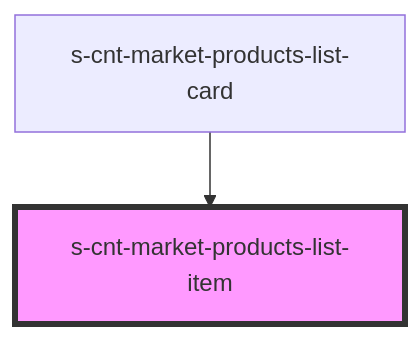
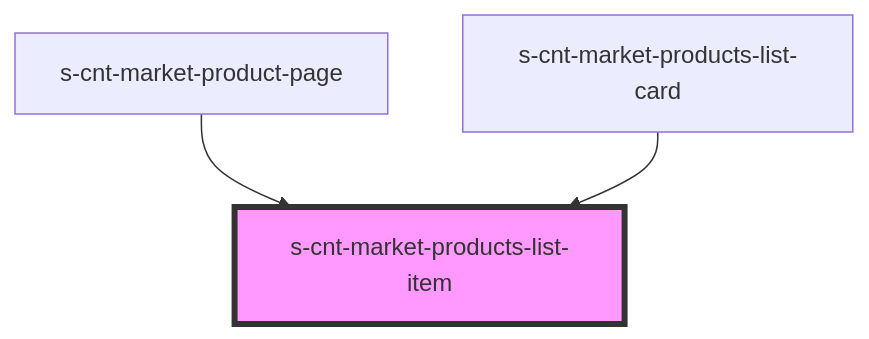
The diagram in src/components/group-a/res/view/s-cnt-market-shop/res/view/s-cnt-market-products-list/res/view/s-cnt-market-products-list-card/res/view/s-cnt-market-products-list-item/readme.md (saqhan/stencil-market), drawn with Mermaid before and after one commit. The commit also changed other lines of this file and 38 other files, not shown here.

````diff
--- a/src/components/group-a/res/view/s-cnt-market-shop/res/view/s-cnt-market-products-list/res/view/s-cnt-market-products-list-card/res/view/s-cnt-market-products-list-item/readme.md
+++ b/src/components/group-a/res/view/s-cnt-market-shop/res/view/s-cnt-market-products-list/res/view/s-cnt-market-products-list-card/res/view/s-cnt-market-products-list-item/readme.md
@@ -29,5 +30,6 @@
 ```mermaid
 graph TD;
+  s-cnt-market-product-page --> s-cnt-market-products-list-item
   s-cnt-market-products-list-card --> s-cnt-market-products-list-item
   style s-cnt-market-products-list-item fill:#f9f,stroke:#333,stroke-width:4px
 ```
````
